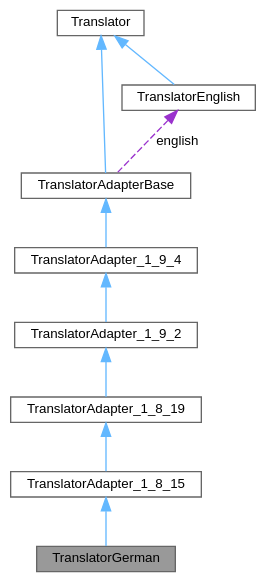
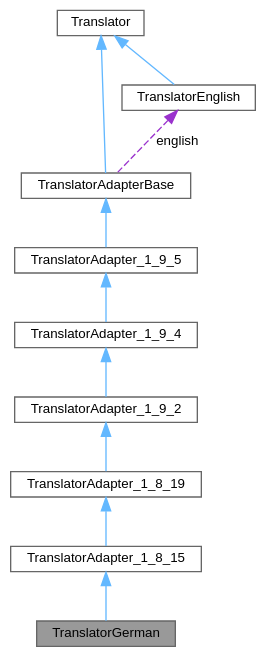
Before and after one commit to petyovsky/doxygen: the diagram in d8/d20/class_translator_german__coll__graph.dot, drawn with Graphviz. The commit also changed 850 other files, not shown here.

```diff
--- a/d8/d20/class_translator_german__coll__graph.dot
+++ b/d8/d20/class_translator_german__coll__graph.dot
@@ -1,24 +1,26 @@
 digraph "TranslatorGerman"
 {
  // INTERACTIVE_SVG=YES
  // LATEX_PDF_SIZE
   bgcolor="transparent";
   edge [fontname=Helvetica,fontsize=10,labelfontname=Helvetica,labelfontsize=10];
   node [fontname=Helvetica,fontsize=10,shape=box,height=0.2,width=0.4];
   Node1 [label="TranslatorGerman",height=0.2,width=0.4,color="gray40", fillcolor="grey60", style="filled", fontcolor="black",tooltip=" "];
   Node2 -> Node1 [dir="back",color="steelblue1",style="solid"];
   Node2 [label="TranslatorAdapter_1_8_15",height=0.2,width=0.4,color="gray40", fillcolor="white", style="filled",URL="$d4/d2e/class_translator_adapter__1__8__15.html",tooltip=" "];
   Node3 -> Node2 [dir="back",color="steelblue1",style="solid"];
   Node3 [label="TranslatorAdapter_1_8_19",height=0.2,width=0.4,color="gray40", fillcolor="white", style="filled",URL="$de/dde/class_translator_adapter__1__8__19.html",tooltip=" "];
   Node4 -> Node3 [dir="back",color="steelblue1",style="solid"];
   Node4 [label="TranslatorAdapter_1_9_2",height=0.2,width=0.4,color="gray40", fillcolor="white", style="filled",URL="$d3/d2e/class_translator_adapter__1__9__2.html",tooltip=" "];
   Node5 -> Node4 [dir="back",color="steelblue1",style="solid"];
   Node5 [label="TranslatorAdapter_1_9_4",height=0.2,width=0.4,color="gray40", fillcolor="white", style="filled",URL="$d0/d33/class_translator_adapter__1__9__4.html",tooltip=" "];
   Node6 -> Node5 [dir="back",color="steelblue1",style="solid"];
-  Node6 [label="TranslatorAdapterBase",height=0.2,width=0.4,color="gray40", fillcolor="white", style="filled",URL="$db/d6c/class_translator_adapter_base.html",tooltip="Base of the translator adapter tree."];
+  Node6 [label="TranslatorAdapter_1_9_5",height=0.2,width=0.4,color="gray40", fillcolor="white", style="filled",URL="$dd/dba/class_translator_adapter__1__9__5.html",tooltip=" "];
   Node7 -> Node6 [dir="back",color="steelblue1",style="solid"];
-  Node7 [label="Translator",height=0.2,width=0.4,color="gray40", fillcolor="white", style="filled",URL="$d8/dfb/class_translator.html",tooltip="Abstract base class for all translatable text fragments."];
-  Node8 -> Node6 [dir="back",color="darkorchid3",style="dashed",label=" english" ];
-  Node8 [label="TranslatorEnglish",height=0.2,width=0.4,color="gray40", fillcolor="white", style="filled",URL="$d6/d78/class_translator_english.html",tooltip=" "];
-  Node7 -> Node8 [dir="back",color="steelblue1",style="solid"];
+  Node7 [label="TranslatorAdapterBase",height=0.2,width=0.4,color="gray40", fillcolor="white", style="filled",URL="$db/d6c/class_translator_adapter_base.html",tooltip="Base of the translator adapter tree."];
+  Node8 -> Node7 [dir="back",color="steelblue1",style="solid"];
+  Node8 [label="Translator",height=0.2,width=0.4,color="gray40", fillcolor="white", style="filled",URL="$d8/dfb/class_translator.html",tooltip="Abstract base class for all translatable text fragments."];
+  Node9 -> Node7 [dir="back",color="darkorchid3",style="dashed",label=" english" ];
+  Node9 [label="TranslatorEnglish",height=0.2,width=0.4,color="gray40", fillcolor="white", style="filled",URL="$d6/d78/class_translator_english.html",tooltip=" "];
+  Node8 -> Node9 [dir="back",color="steelblue1",style="solid"];
 }
```
